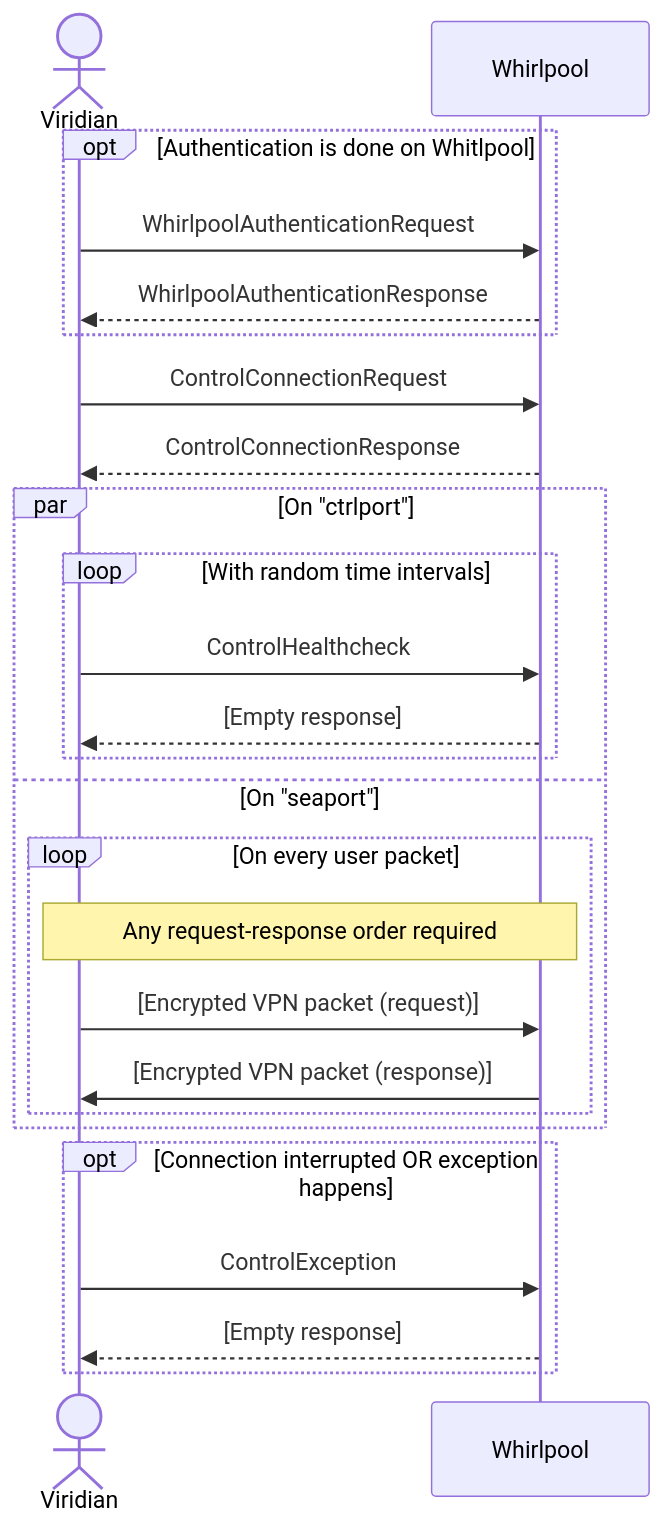
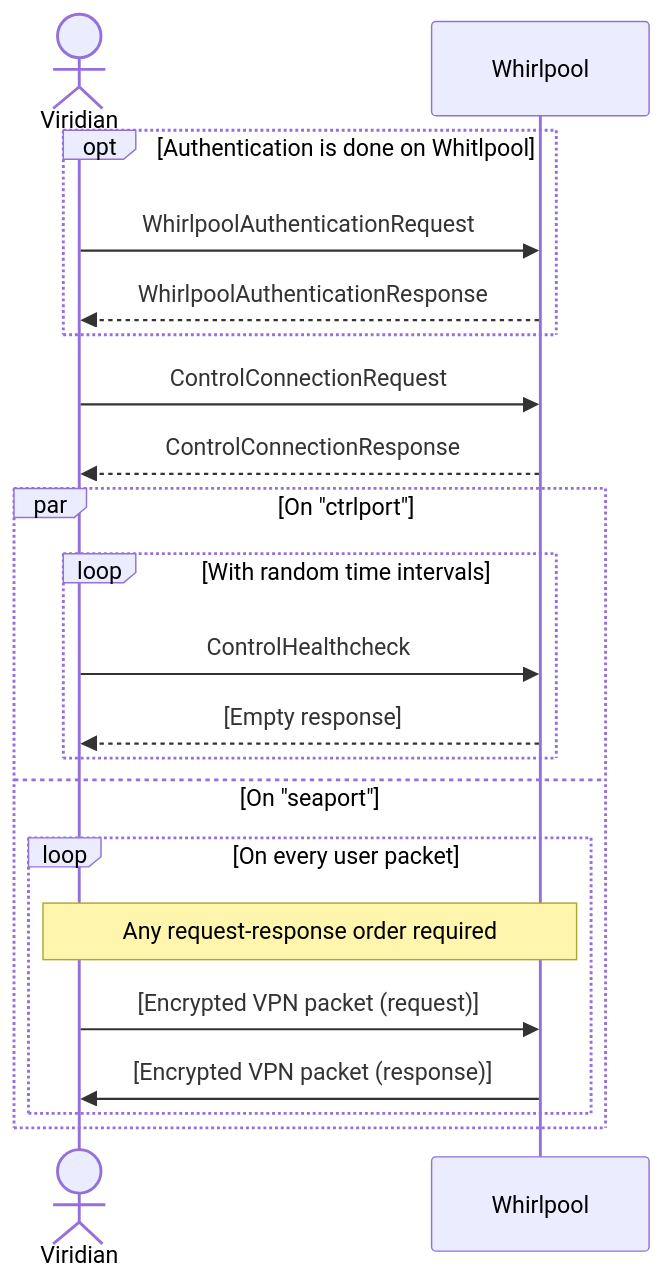
One commit to pseusys/SeasideVPN changed the second of 2 diagrams in viridian/README.md. Above: the diagram before and after it, drawn with Mermaid. The commit also changed other lines of this file and 71 other files, not shown here.

````diff
--- a/viridian/README.md
+++ b/viridian/README.md
@@ -67,31 +66,26 @@
 ```mermaid
 sequenceDiagram
   actor V as Viridian
   participant W as Whirlpool
 
   opt Authentication is done on Whitlpool
     V ->> W: WhirlpoolAuthenticationRequest
     W -->> V: WhirlpoolAuthenticationResponse
   end
 
   V ->> W: ControlConnectionRequest
   W -->> V: ControlConnectionResponse
 
   par On "ctrlport"
     loop With random time intervals
       V ->> W: ControlHealthcheck
       W -->> V: [Empty response]
     end
   and On "seaport"
     loop On every user packet
       Note over W,V: Any request-response order required
       V ->> W: [Encrypted VPN packet (request)]
       W ->> V: [Encrypted VPN packet (response)]
     end
   end
-
-  opt Connection interrupted OR exception happens
-    V ->> W: ControlException
-    W -->> V: [Empty response]
-  end
 ```
````
